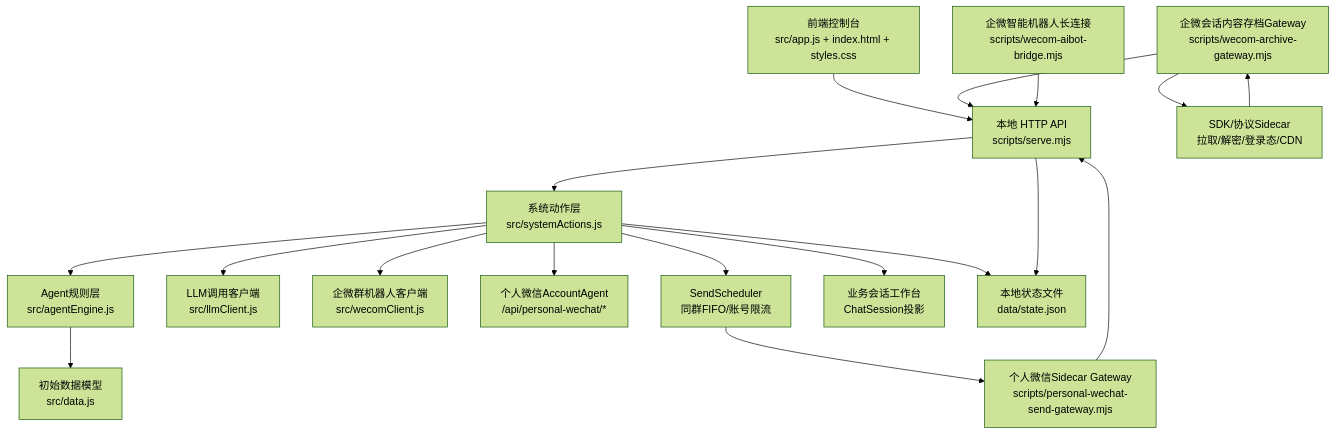
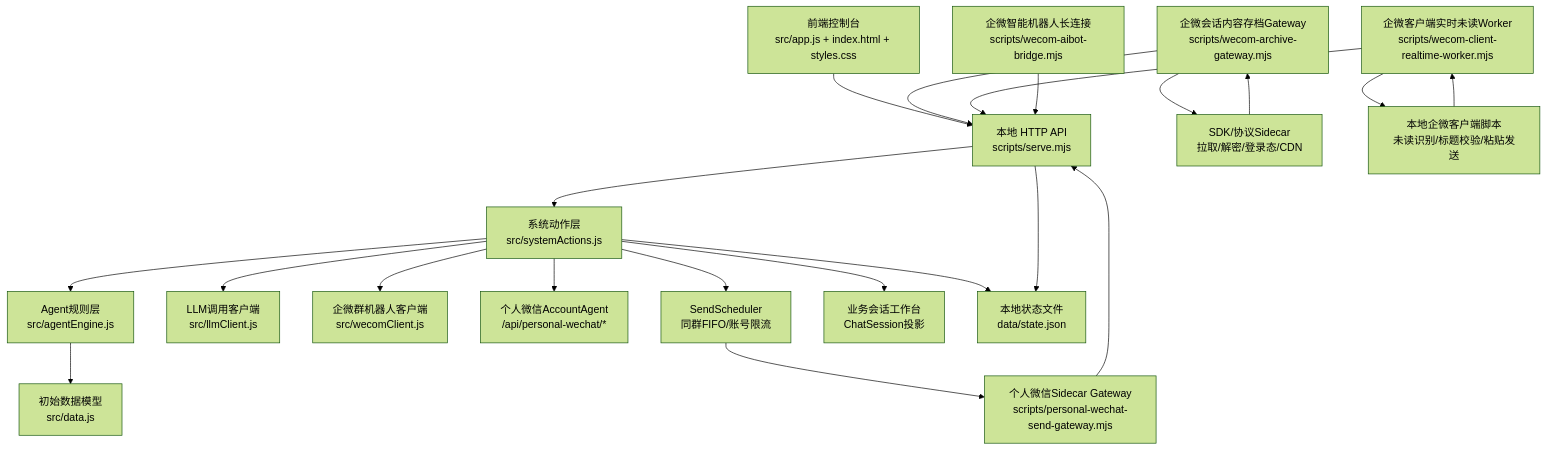
Before and after one commit to JUJUJUN313/customer-ops-agent-console: the first of 4 diagrams in docs/ARCHITECTURE.md, drawn with Mermaid (forest theme). The commit also changed other lines of this file and 33 other files, not shown here.

````diff
--- a/docs/ARCHITECTURE.md
+++ b/docs/ARCHITECTURE.md
@@ -5,36 +5,41 @@
 ```mermaid
 flowchart TB
   UI["前端控制台<br/>src/app.js + index.html + styles.css"]
   API["本地 HTTP API<br/>scripts/serve.mjs"]
   Actions["系统动作层<br/>src/systemActions.js"]
   Agents["Agent规则层<br/>src/agentEngine.js"]
   LLM["LLM调用客户端<br/>src/llmClient.js"]
   WeComClient["企微群机器人客户端<br/>src/wecomClient.js"]
   WeComArchive["企微会话内容存档Gateway<br/>scripts/wecom-archive-gateway.mjs"]
   Sidecar["SDK/协议Sidecar<br/>拉取/解密/登录态/CDN"]
+  WeComRealtime["企微客户端实时未读Worker<br/>scripts/wecom-client-realtime-worker.mjs"]
+  LocalWeCom["本地企微客户端脚本<br/>未读识别/标题校验/粘贴发送"]
   WeComBridge["企微智能机器人长连接<br/>scripts/wecom-aibot-bridge.mjs"]
   PersonalWechat["个人微信AccountAgent<br/>/api/personal-wechat/*"]
   PersonalGateway["个人微信Sidecar Gateway<br/>scripts/personal-wechat-send-gateway.mjs"]
   Scheduler["SendScheduler<br/>同群FIFO/账号限流"]
   Chat["业务会话工作台<br/>ChatSession投影"]
   Data["初始数据模型<br/>src/data.js"]
   Store["本地状态文件<br/>data/state.json"]
 
   UI --> API
   API --> Actions
   Actions --> Agents
   Actions --> LLM
   Actions --> WeComClient
   WeComArchive --> Sidecar
   Sidecar --> WeComArchive
   WeComArchive --> API
+  WeComRealtime --> LocalWeCom
+  LocalWeCom --> WeComRealtime
+  WeComRealtime --> API
   Actions --> Chat
   Actions --> PersonalWechat
   Actions --> Scheduler
   Scheduler --> PersonalGateway
   PersonalGateway --> API
   Actions --> Store
   WeComBridge --> API
   Agents --> Data
   API --> Store
 ```
````
